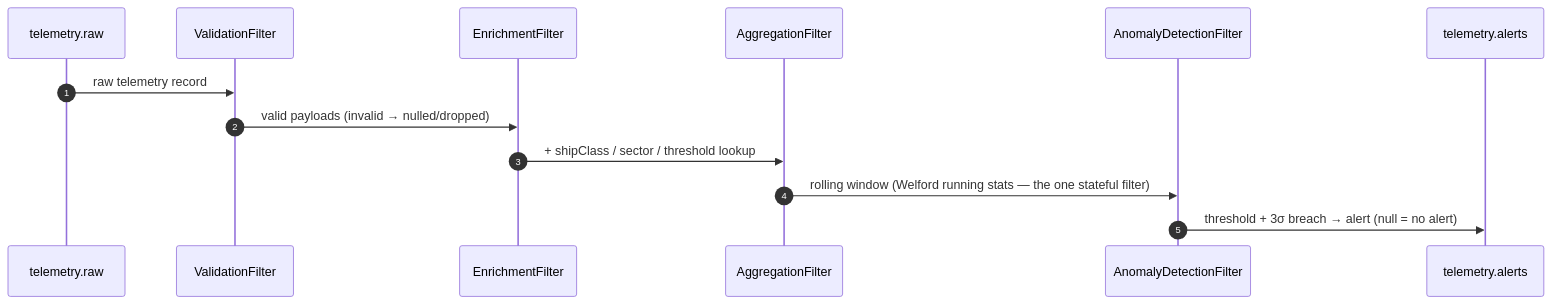
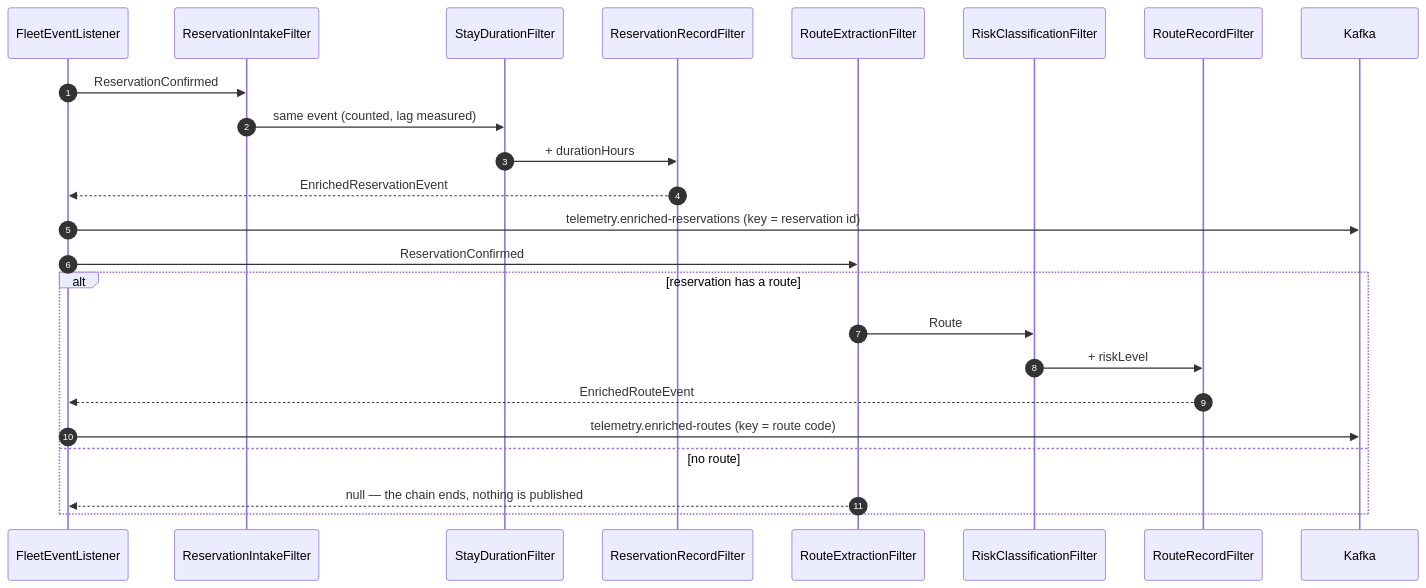
One commit to stepniewskirafal/MicroservicesFleet changed the sixth of 6 diagrams in README.md. Above: the diagram before and after it, drawn with Mermaid. The commit also changed other lines of this file and 105 other files, not shown here.

First line of the commit message:
refactor(galactic-fleet): three modules, Pipes & Filters in activityfeed, one ADR for the modulith line

````diff
--- a/README.md
+++ b/README.md
@@ -328,16 +322,27 @@
 ```mermaid
 sequenceDiagram
     autonumber
-    participant K as telemetry.raw
-    participant V as ValidationFilter
-    participant E as EnrichmentFilter
-    participant Ag as AggregationFilter
-    participant An as AnomalyDetectionFilter
-    participant Out as telemetry.alerts
+    participant L as FleetEventListener
+    participant RI as ReservationIntakeFilter
+    participant SD as StayDurationFilter
+    participant RR as ReservationRecordFilter
+    participant RX as RouteExtractionFilter
+    participant RC as RiskClassificationFilter
+    participant RO as RouteRecordFilter
+    participant K as Kafka
 
-    K->>V: raw telemetry record
-    V->>E: valid payloads (invalid → nulled/dropped)
-    E->>Ag: + shipClass / sector / threshold lookup
-    Ag->>An: rolling window (Welford running stats — the one stateful filter)
-    An->>Out: threshold + 3σ breach → alert (null = no alert)
+    L->>RI: ReservationConfirmed
+    RI->>SD: same event (counted, lag measured)
+    SD->>RR: + durationHours
+    RR-->>L: EnrichedReservationEvent
+    L->>K: telemetry.enriched-reservations (key = reservation id)
+    L->>RX: ReservationConfirmed
+    alt reservation has a route
+        RX->>RC: Route
+        RC->>RO: + riskLevel
+        RO-->>L: EnrichedRouteEvent
+        L->>K: telemetry.enriched-routes (key = route code)
+    else no route
+        RX-->>L: null — the chain ends, nothing is published
+    end
 ```
````
